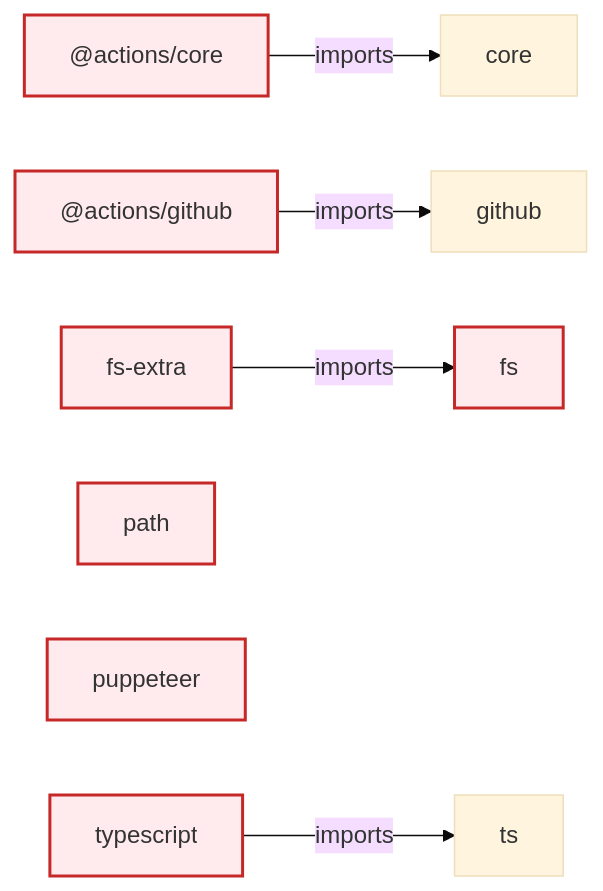
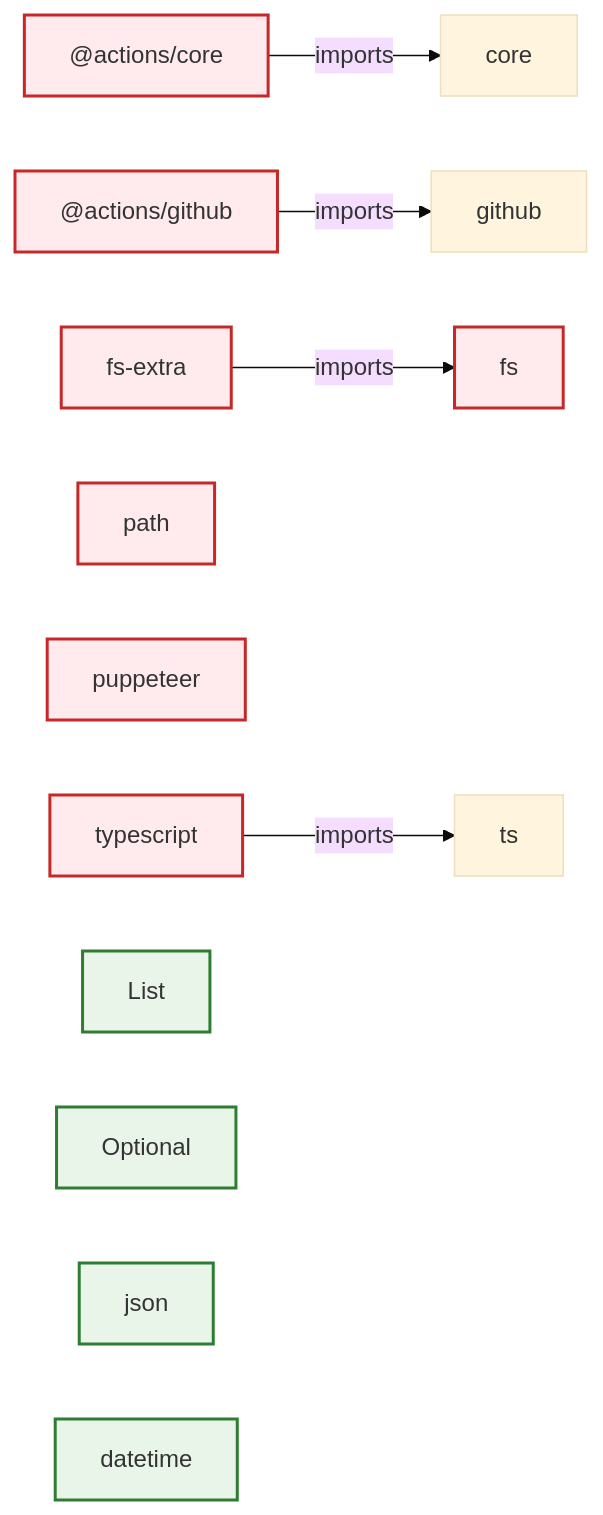
The diagram in docs/architecture/diagrams/overview/dependencies.md (samjhill/diagrammer), drawn with Mermaid (base theme) before and after one commit. The commit also changed other lines of this file and 48 other files, not shown here.

Commit message:
docs(architecture): update generated diagrams with enhanced metrics and insights [skip ci]

````diff
--- a/docs/architecture/diagrams/overview/dependencies.md
+++ b/docs/architecture/diagrams/overview/dependencies.md
@@ -24,27 +24,35 @@
 ```mermaid
 graph LR
   classDef internal fill:#e8f5e8,stroke:#2e7d32,stroke-width:2px
   classDef external fill:#ffebee,stroke:#c62828,stroke-width:2px
   classDef npm fill:#fff3e0,stroke:#f57c00,stroke-width:2px
   classDef local fill:#e3f2fd,stroke:#1976d2,stroke-width:2px
 
   _actions_core["@actions/core"]
   _actions_core:::external
   _actions_github["@actions/github"]
   _actions_github:::external
   fs_extra["fs-extra"]
   fs_extra:::external
   path["path"]
   path:::external
   fs["fs"]
   fs:::external
   puppeteer["puppeteer"]
   puppeteer:::external
   typescript["typescript"]
   typescript:::external
+  List["List"]
+  List:::internal
+  Optional["Optional"]
+  Optional:::internal
+  json["json"]
+  json:::internal
+  datetime["datetime"]
+  datetime:::internal
   _actions_core -->|imports| core
   _actions_github -->|imports| github
   fs_extra -->|imports| fs
   typescript -->|imports| ts
 
 ```
````
